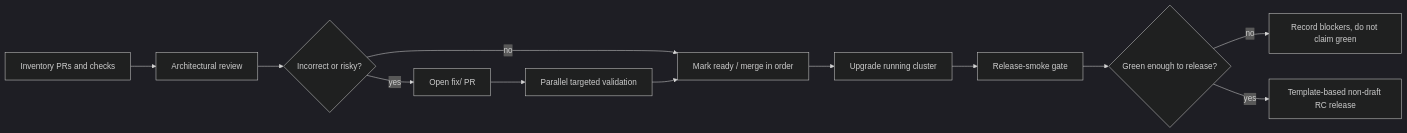
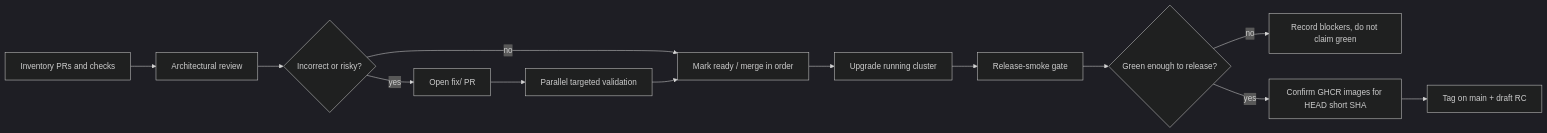
Before and after one commit to ObolNetwork/obol-stack: the diagram in .agents/skills/obol-stack-dev/references/release-train.md, drawn with Mermaid (dark theme). The commit also changed other lines of this file and 18 other files, not shown here.

First line of the commit message:
feat(ci): resolve stack images by short SHA, drop repin train

````diff
--- a/.agents/skills/obol-stack-dev/references/release-train.md
+++ b/.agents/skills/obol-stack-dev/references/release-train.md
@@ -15,14 +15,15 @@
 ```mermaid
 flowchart LR
     A["Inventory PRs and checks"] --> B["Architectural review"]
     B --> C{"Incorrect or risky?"}
     C -- "yes" --> D["Open fix/<topic> PR"]
     C -- "no" --> E["Mark ready / merge in order"]
     D --> F["Parallel targeted validation"]
     F --> E
     E --> G["Upgrade running cluster"]
     G --> H["Release-smoke gate"]
     H --> I{"Green enough to release?"}
     I -- "no" --> J["Record blockers, do not claim green"]
-    I -- "yes" --> K["Template-based non-draft RC release"]
+    I -- "yes" --> K["Confirm GHCR images for HEAD short SHA"]
+    K --> L["Tag on main + draft RC"]
 ```
````
